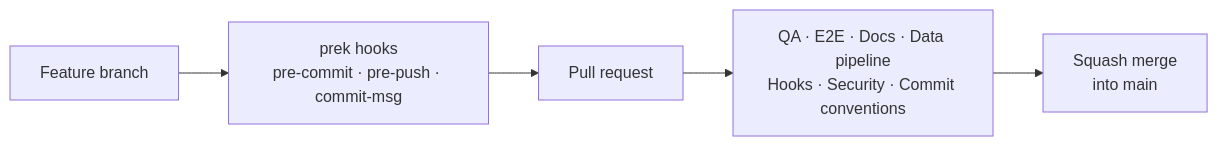
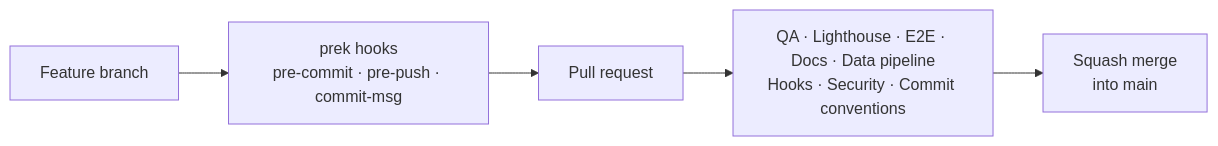
One commit to IndrajeetPatil/einbuergerungstest changed the diagram in docs/development.md. Above: the diagram before and after it, drawn with Mermaid. The commit also changed other lines of this file and 6 other files, not shown here.

````diff
--- a/docs/development.md
+++ b/docs/development.md
@@ -70,7 +79,7 @@
 ```mermaid
 flowchart LR
   Branch["Feature branch"] --> Hooks["prek hooks<br/>pre-commit · pre-push · commit-msg"]
   Hooks --> PR["Pull request"]
-  PR --> CI["QA · E2E · Docs · Data pipeline<br/>Hooks · Security · Commit conventions"]
+  PR --> CI["QA · Lighthouse · E2E · Docs · Data pipeline<br/>Hooks · Security · Commit conventions"]
   CI --> Merge["Squash merge<br/>into main"]
 ```
````
